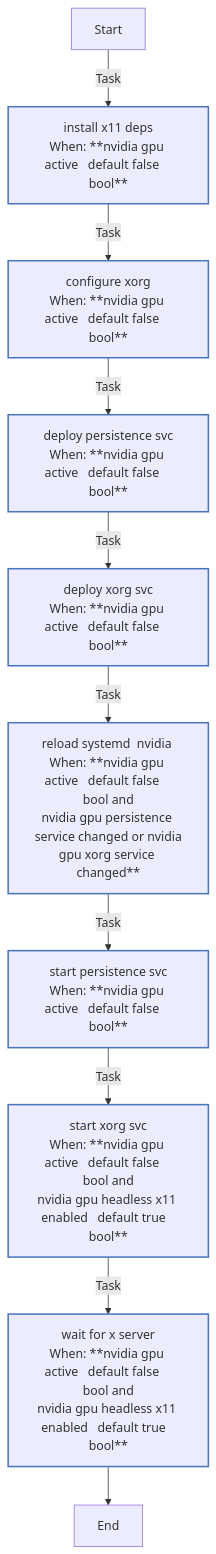
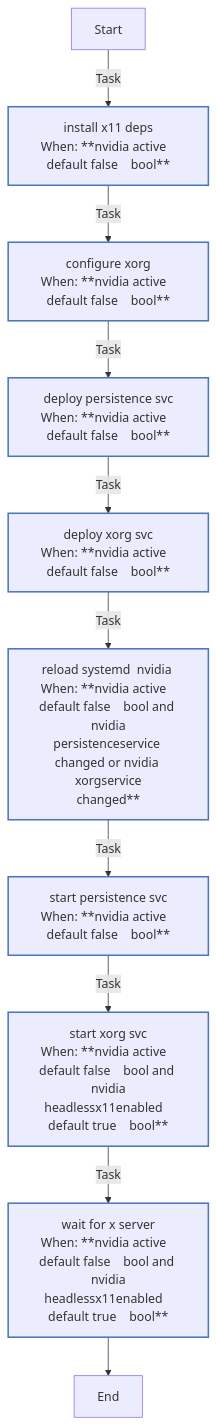
One commit to rou-cru/k3s-homelab changed the second of 3 diagrams in roles/nvidia_gpu/README.md. Above: the diagram before and after it, drawn with Mermaid. The commit also changed other lines of this file and 277 other files, not shown here.

````diff
--- a/roles/nvidia_gpu/README.md
+++ b/roles/nvidia_gpu/README.md
@@ -302,22 +261,22 @@
 ```mermaid
 flowchart TD
 Start
 classDef block stroke:#3498db,stroke-width:2px;
 classDef task stroke:#4b76bb,stroke-width:2px;
 classDef includeTasks stroke:#16a085,stroke-width:2px;
 classDef importTasks stroke:#34495e,stroke-width:2px;
 classDef includeRole stroke:#2980b9,stroke-width:2px;
 classDef importRole stroke:#699ba7,stroke-width:2px;
 classDef includeVars stroke:#8e44ad,stroke-width:2px;
 classDef rescue stroke:#665352,stroke-width:2px;
 
-  Start-->|Task| Install_X11_deps0[install x11 deps<br>When: **nvidia gpu active   default false    bool**]:::task
-  Install_X11_deps0-->|Task| Configure_xorg1[configure xorg<br>When: **nvidia gpu active   default false    bool**]:::task
-  Configure_xorg1-->|Task| Deploy_persistence_svc2[deploy persistence svc<br>When: **nvidia gpu active   default false    bool**]:::task
-  Deploy_persistence_svc2-->|Task| Deploy_Xorg_svc3[deploy xorg svc<br>When: **nvidia gpu active   default false    bool**]:::task
-  Deploy_Xorg_svc3-->|Task| Reload_systemd__nvidia_4[reload systemd  nvidia <br>When: **nvidia gpu active   default false    bool and<br>nvidia gpu persistence service changed or nvidia<br>gpu xorg service changed**]:::task
-  Reload_systemd__nvidia_4-->|Task| Start_persistence_svc5[start persistence svc<br>When: **nvidia gpu active   default false    bool**]:::task
-  Start_persistence_svc5-->|Task| Start_Xorg_svc6[start xorg svc<br>When: **nvidia gpu active   default false    bool and<br>nvidia gpu headless x11 enabled   default true   <br>bool**]:::task
-  Start_Xorg_svc6-->|Task| Wait_for_X_server7[wait for x server<br>When: **nvidia gpu active   default false    bool and<br>nvidia gpu headless x11 enabled   default true   <br>bool**]:::task
+  Start-->|Task| Install_X11_deps0[install x11 deps<br>When: **nvidia active   default false    bool**]:::task
+  Install_X11_deps0-->|Task| Configure_xorg1[configure xorg<br>When: **nvidia active   default false    bool**]:::task
+  Configure_xorg1-->|Task| Deploy_persistence_svc2[deploy persistence svc<br>When: **nvidia active   default false    bool**]:::task
+  Deploy_persistence_svc2-->|Task| Deploy_Xorg_svc3[deploy xorg svc<br>When: **nvidia active   default false    bool**]:::task
+  Deploy_Xorg_svc3-->|Task| Reload_systemd__nvidia_4[reload systemd  nvidia <br>When: **nvidia active   default false    bool and nvidia<br>persistenceservice changed or nvidia xorgservice<br>changed**]:::task
+  Reload_systemd__nvidia_4-->|Task| Start_persistence_svc5[start persistence svc<br>When: **nvidia active   default false    bool**]:::task
+  Start_persistence_svc5-->|Task| Start_Xorg_svc6[start xorg svc<br>When: **nvidia active   default false    bool and nvidia<br>headlessx11enabled   default true    bool**]:::task
+  Start_Xorg_svc6-->|Task| Wait_for_X_server7[wait for x server<br>When: **nvidia active   default false    bool and nvidia<br>headlessx11enabled   default true    bool**]:::task
   Wait_for_X_server7-->End
 ```
````
